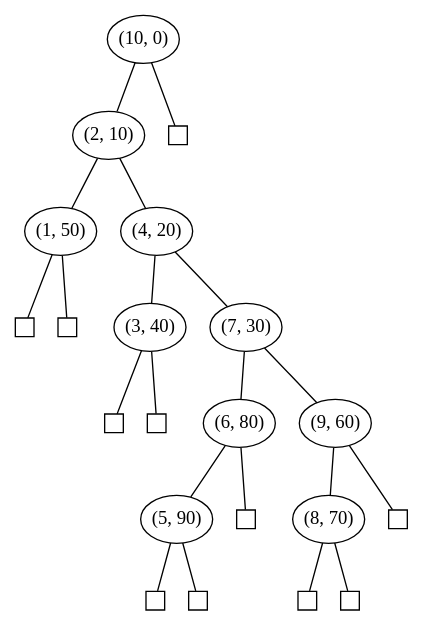
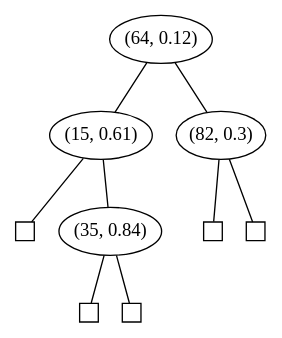
Before and after one commit to tnacho-23/CC1002-CC3001: the diagram in CC3001/Tareas/lista.gv, drawn with Graphviz. The commit also changed 2 other files, not shown here.

```diff
--- a/CC3001/Tareas/lista.gv
+++ b/CC3001/Tareas/lista.gv
@@ -1,1 +1,1 @@
-graph "Arbol" { rankdir=TB;  null0[pos="-8.866666666666667,-1.7999999999999998!" shape=square label="" width="0.2"] "node0"[pos="-8.4,-1.2!" label="(1, 50)" shape=oval margin=0]  null1[pos="-7.933333333333334,-1.7999999999999998!" shape=square label="" width="0.2"] "node8"[pos="-7.466666666666667,-0.6!" label="(2, 10)" shape=oval margin=0]  null2[pos="-7.0,-2.4!" shape=square label="" width="0.2"] "node1"[pos="-6.533333333333333,-1.7999999999999998!" label="(3, 40)" shape=oval margin=0]  null3[pos="-6.066666666666666,-2.4!" shape=square label="" width="0.2"] "node7"[pos="-5.6,-1.2!" label="(4, 20)" shape=oval margin=0]  null4[pos="-5.133333333333333,-3.6!" shape=square label="" width="0.2"] "node2"[pos="-4.666666666666667,-3.0!" label="(5, 90)" shape=oval margin=0]  null5[pos="-4.2,-3.6!" shape=square label="" width="0.2"] "node3"[pos="-3.7333333333333334,-2.4!" label="(6, 80)" shape=oval margin=0]  null6[pos="-3.2666666666666675,-3.0!" shape=square label="" width="0.2"] "node6"[pos="-2.8000000000000007,-1.7999999999999998!" label="(7, 30)" shape=oval margin=0]  null7[pos="-2.333333333333334,-3.6!" shape=square label="" width="0.2"] "node4"[pos="-1.8666666666666671,-3.0!" label="(8, 70)" shape=oval margin=0]  null8[pos="-1.4000000000000004,-3.6!" shape=square label="" width="0.2"] "node5"[pos="-0.9333333333333336,-2.4!" label="(9, 60)" shape=oval margin=0]  null9[pos="-0.4666666666666668,-3.0!" shape=square label="" width="0.2"] "node9"[pos="0.0,0.0!" label="(10, 0)" shape=oval margin=0]  null10[pos="0.4666666666666666,-0.6!" shape=square label="" width="0.2"]  node[shape=oval]  node9--node8 node8--node0 node0--null0  node0--null1   node8--node7 node7--node1 node1--null2  node1--null3   node7--node6 node6--node3 node3--node2 node2--null4  node2--null5   node3--null6   node6--node5 node5--node4 node4--null7  node4--null8   node5--null9      node9--null10  }
+graph "Arbol" { rankdir=TB;  null0[pos="-2.3333333333333335,-1.2!" shape=square label="" width="0.2"] "node1"[pos="-1.8666666666666667,-0.6!" label="(15, 0.61)" shape=oval margin=0]  null1[pos="-1.4000000000000001,-1.7999999999999998!" shape=square label="" width="0.2"] "node0"[pos="-0.9333333333333335,-1.2!" label="(35, 0.84)" shape=oval margin=0]  null2[pos="-0.4666666666666668,-1.7999999999999998!" shape=square label="" width="0.2"] "node3"[pos="0.0,0.0!" label="(64, 0.12)" shape=oval margin=0]  null3[pos="0.4666666666666666,-1.2!" shape=square label="" width="0.2"] "node2"[pos="0.9333333333333332,-0.6!" label="(82, 0.3)" shape=oval margin=0]  null4[pos="1.4,-1.2!" shape=square label="" width="0.2"]  node[shape=oval]  node3--node1 node1--null0  node1--node0 node0--null1  node0--null2    node3--node2 node2--null3  node2--null4   }
```
